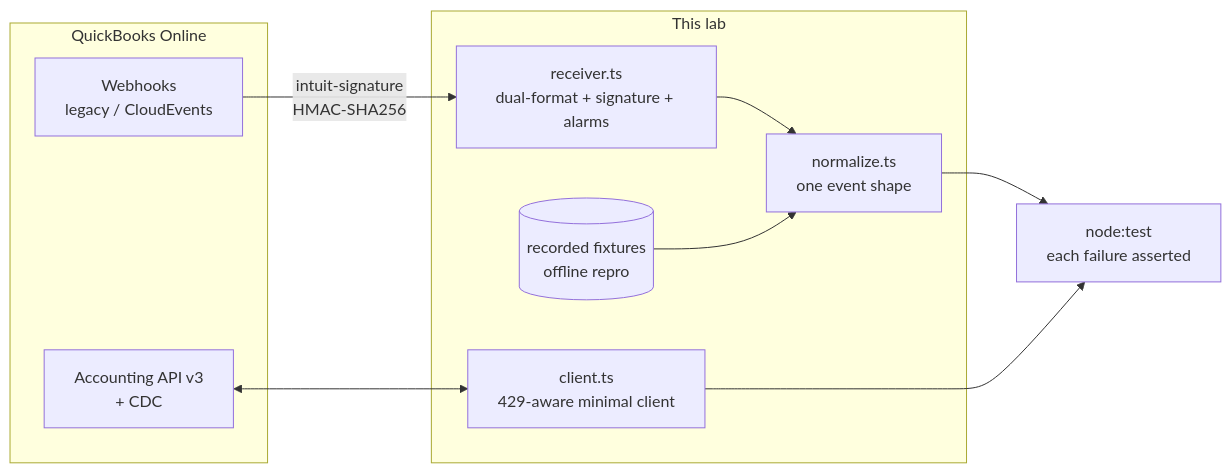
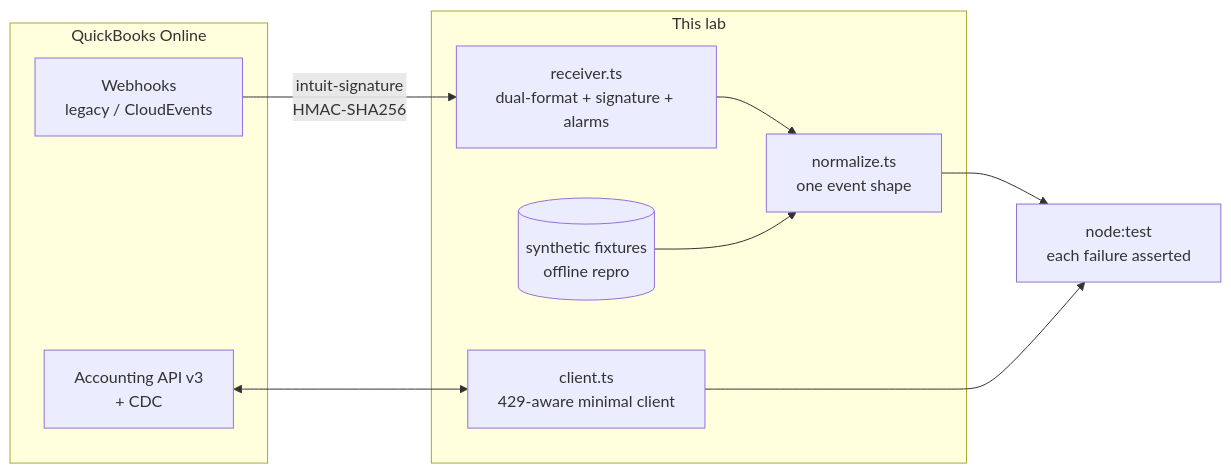
One commit to me-Shahsavan/quickbooks-sync-reliability-lab changed the diagram in README.md. Above: the diagram before and after it, drawn with Mermaid. The commit also changed other lines of this file and 3 other files, not shown here.

````diff
--- a/README.md
+++ b/README.md
@@ -54,18 +56,18 @@
 ```mermaid
 flowchart LR
     subgraph QuickBooks Online
         WH[Webhooks<br/>legacy / CloudEvents]
         API[Accounting API v3<br/>+ CDC]
     end
     subgraph This lab
         RX[receiver.ts<br/>dual-format + signature + alarms]
         NORM[normalize.ts<br/>one event shape]
         CLIENT[client.ts<br/>429-aware minimal client]
-        FIX[(recorded fixtures<br/>offline repro)]
+        FIX[(synthetic fixtures<br/>offline repro)]
     end
     WH -->|intuit-signature<br/>HMAC-SHA256| RX --> NORM
     FIX --> NORM
     API <--> CLIENT
     NORM --> TESTS[node:test<br/>each failure asserted]
     CLIENT --> TESTS
 ```
````
